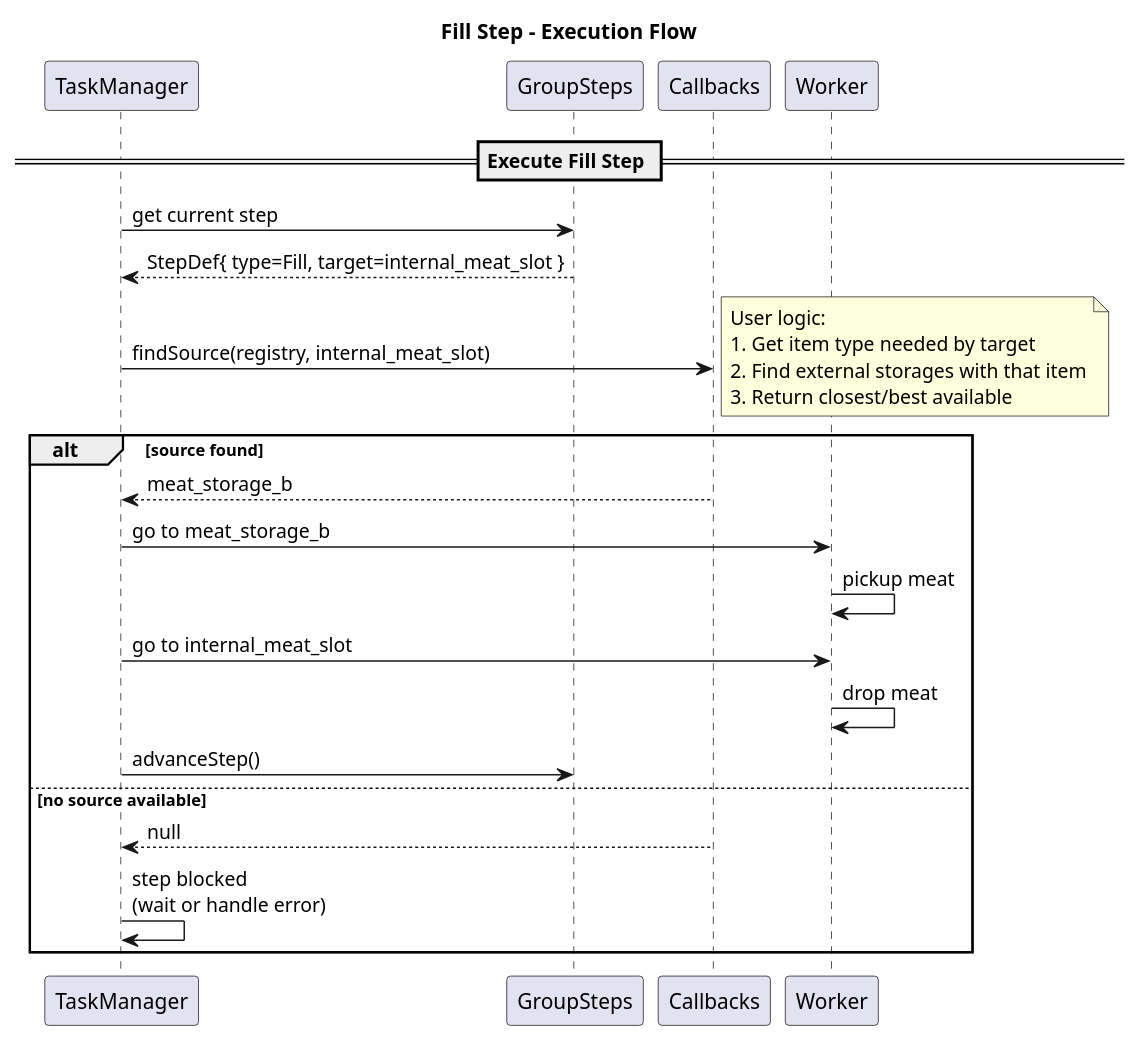
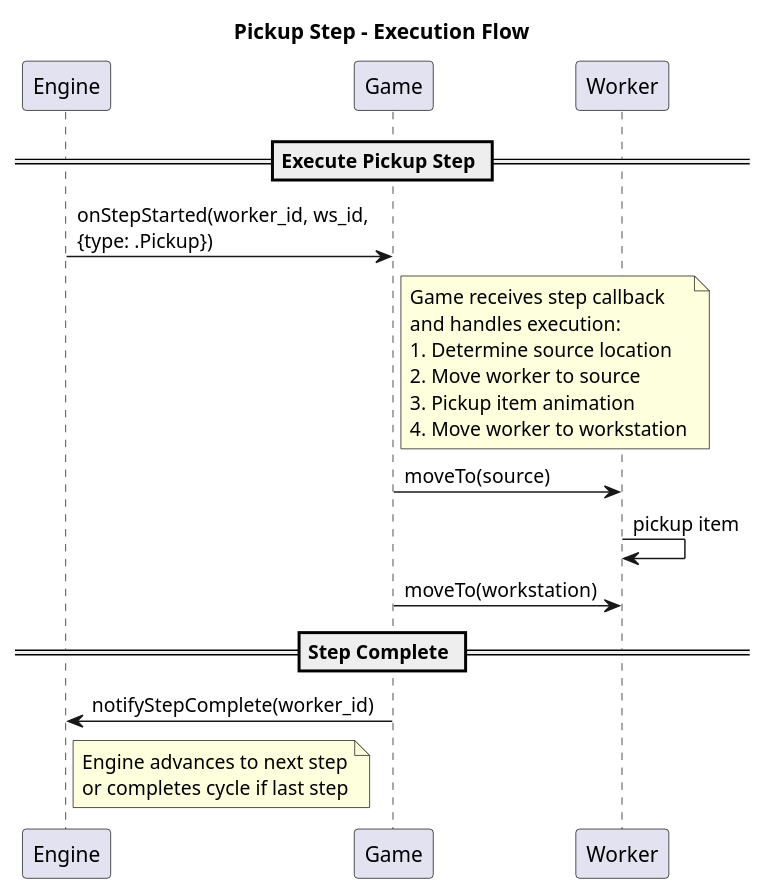
One commit to labelle-toolkit/labelle-tasks changed the diagram in uml/fill_step_flow.puml. Above: the diagram before and after it, drawn with PlantUML. The commit also changed 41 other files, not shown here.

```diff
--- a/uml/fill_step_flow.puml
+++ b/uml/fill_step_flow.puml
@@ -1,34 +1,34 @@
 @startuml fill_step_flow
-title Fill Step - Execution Flow
+title Pickup Step - Execution Flow
 
-participant "TaskManager" as tm
-participant "GroupSteps" as steps
-participant "Callbacks" as cb
+participant "Engine" as engine
+participant "Game" as game
 participant "Worker" as worker
 
-== Execute Fill Step ==
+== Execute Pickup Step ==
 
-tm -> steps : get current step
-steps --> tm : StepDef{ type=Fill, target=internal_meat_slot }
+engine -> game : onStepStarted(worker_id, ws_id,\n{type: .Pickup})
 
-tm -> cb : findSource(registry, internal_meat_slot)
-note right
-  User logic:
-  1. Get item type needed by target
-  2. Find external storages with that item
-  3. Return closest/best available
+note right of game
+  Game receives step callback
+  and handles execution:
+  1. Determine source location
+  2. Move worker to source
+  3. Pickup item animation
+  4. Move worker to workstation
 end note
 
-alt source found
-  cb --> tm : meat_storage_b
-  tm -> worker : go to meat_storage_b
-  worker -> worker : pickup meat
-  tm -> worker : go to internal_meat_slot
-  worker -> worker : drop meat
-  tm -> steps : advanceStep()
-else no source available
-  cb --> tm : null
-  tm -> tm : step blocked\n(wait or handle error)
-end
+game -> worker : moveTo(source)
+worker -> worker : pickup item
+
+game -> worker : moveTo(workstation)
+
+== Step Complete ==
+game -> engine : notifyStepComplete(worker_id)
+
+note right of engine
+  Engine advances to next step
+  or completes cycle if last step
+end note
 
 @enduml
```
